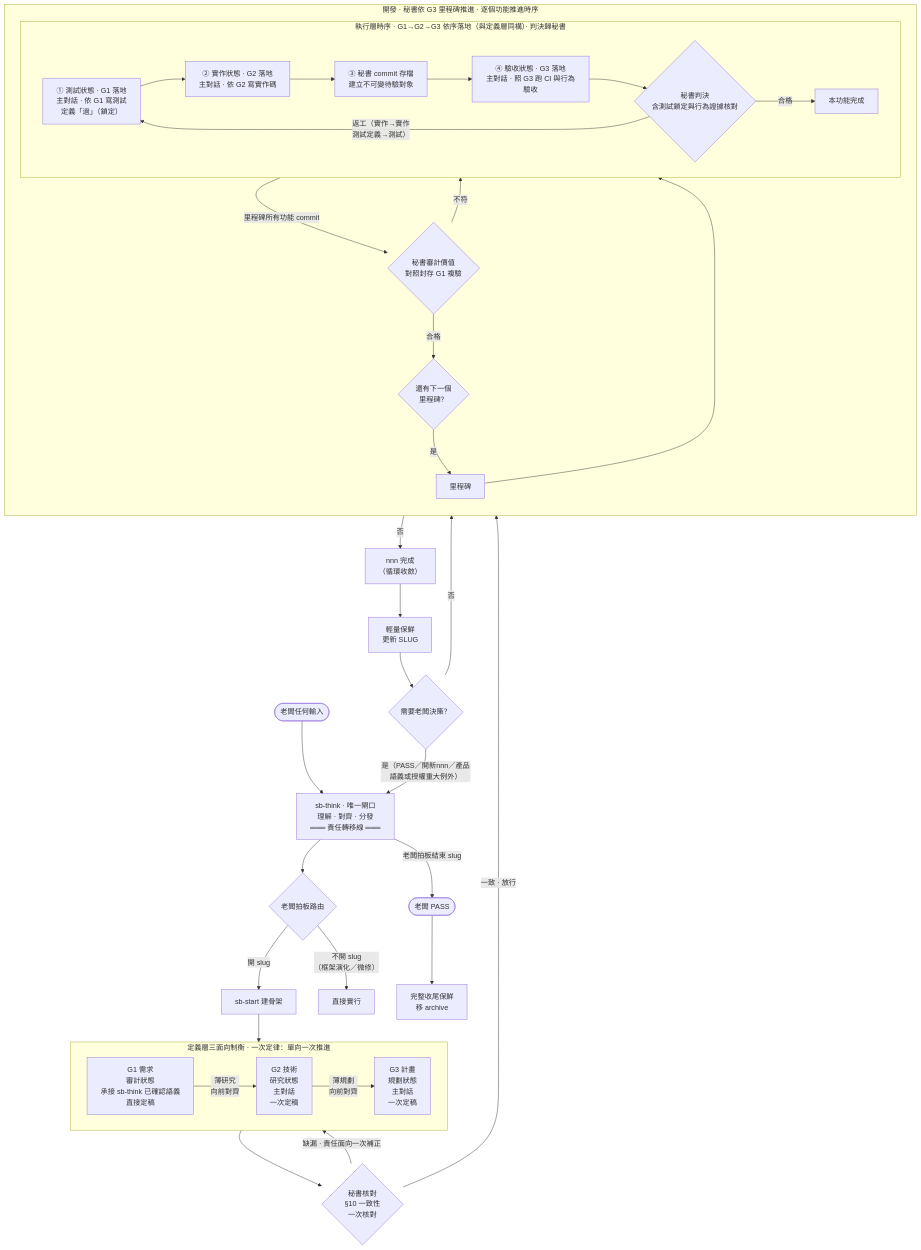
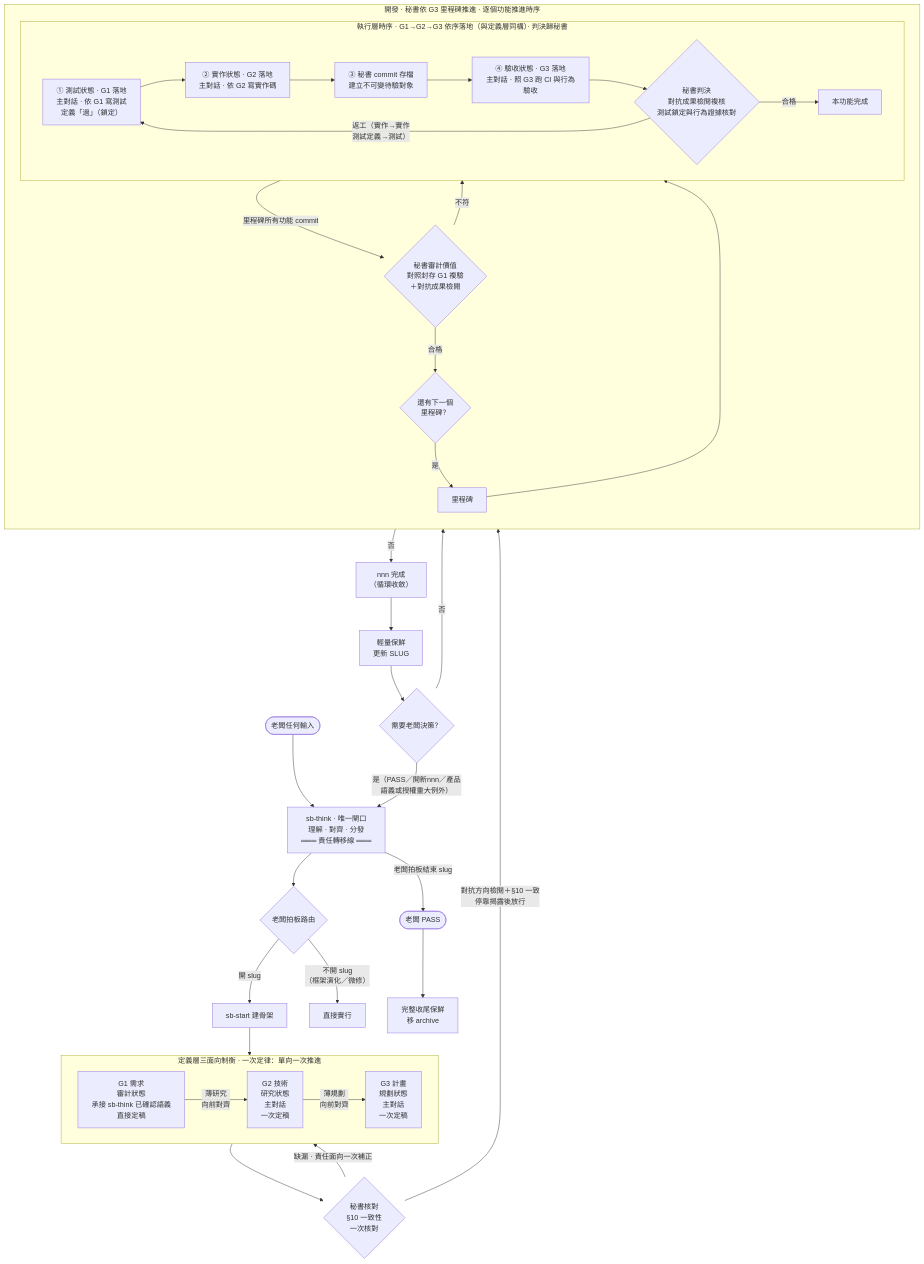
One commit to teps3105/shiftblame changed the first of 2 diagrams in README.md. Above: the diagram before and after it, drawn with Mermaid. The commit also changed other lines of this file and 15 other files, not shown here.

````diff
--- a/README.md
+++ b/README.md
@@ -53,43 +53,43 @@
 ```mermaid
 flowchart TD
     Boss([老闆任何輸入]) --> Think["sb-think · 唯一閘口<br/>理解 · 對齊 · 分發<br/>═══ 責任轉移線 ═══"]
     Think --> Route{老闆拍板路由}
     Route -- "開 slug" --> Start["sb-start 建骨架"] --> Check
     Route -- "不開 slug<br/>（框架演化／微修）" --> Direct["直接實行"]
 
     subgraph Check["定義層三面向制衡 · 一次定律：單向一次推進"]
         direction LR
         G1["G1 需求<br/>審計狀態<br/>承接 sb-think 已確認語義<br/>直接定稿"] -->|薄研究<br/>向前對齊| G2["G2 技術<br/>研究狀態<br/>主對話<br/>一次定稿"]
         G2 -->|薄規劃<br/>向前對齊| G3["G3 計畫<br/>規劃狀態<br/>主對話<br/>一次定稿"]
     end
 
     Check --> Consist{秘書核對<br/>§10 一致性<br/>一次核對}
     Consist -- 缺漏 · 責任面向一次補正 --> Check
-    Consist -- 一致 · 放行 --> Dev
+    Consist -- "對抗方向檢閱＋§10 一致<br/>停靠揭露後放行" --> Dev
 
     subgraph Dev["開發 · 秘書依 G3 里程碑推進 · 逐個功能推進時序"]
         direction TB
         MS["里程碑"] --> Loop
         subgraph Loop["執行層時序 · G1→G2→G3 依序落地（與定義層同構）· 判決歸秘書"]
             direction LR
             T["① 測試狀態 · G1 落地<br/>主對話 · 依 G1 寫測試<br/>定義「過」（鎖定）"] --> D["② 實作狀態 · G2 落地<br/>主對話 · 依 G2 寫實作碼"]
             D --> Commit["③ 秘書 commit 存檔<br/>建立不可變待驗對象"]
             Commit --> A["④ 驗收狀態 · G3 落地<br/>主對話 · 照 G3 跑 CI 與行為驗收"]
-            A --> Judge{秘書判決<br/>含測試鎖定與行為證據核對}
+            A --> Judge{秘書判決<br/>對抗成果檢閱複核<br/>測試鎖定與行為證據核對}
             Judge -- 合格 --> Done["本功能完成"]
             Judge -- "返工（實作→實作<br/>測試定義→測試）" --> T
         end
-        Loop -- 里程碑所有功能 commit --> MA{"秘書審計價值<br/>對照封存 G1 複驗"}
+        Loop -- 里程碑所有功能 commit --> MA{"秘書審計價值<br/>對照封存 G1 複驗<br/>＋對抗成果檢閱"}
         MA -- 不符 --> Loop
         MA -- 合格 --> Next{還有下一個<br/>里程碑？}
         Next -- 是 --> MS
     end
 
     Next -- 否 --> NnnDone["nnn 完成<br/>（循環收斂）"]
     NnnDone --> LightFresh["輕量保鮮<br/>更新 SLUG"]
     LightFresh --> Decide{"需要老闆決策？"}
     Decide -- 是（PASS／開新nnn／產品語義或授權重大例外） --> Think
     Decide -- 否 --> Dev
     Think -- 老闆拍板結束 slug --> Pass([老闆 PASS])
     Pass --> FullFresh["完整收尾保鮮<br/>移 archive"]
 ```
````
